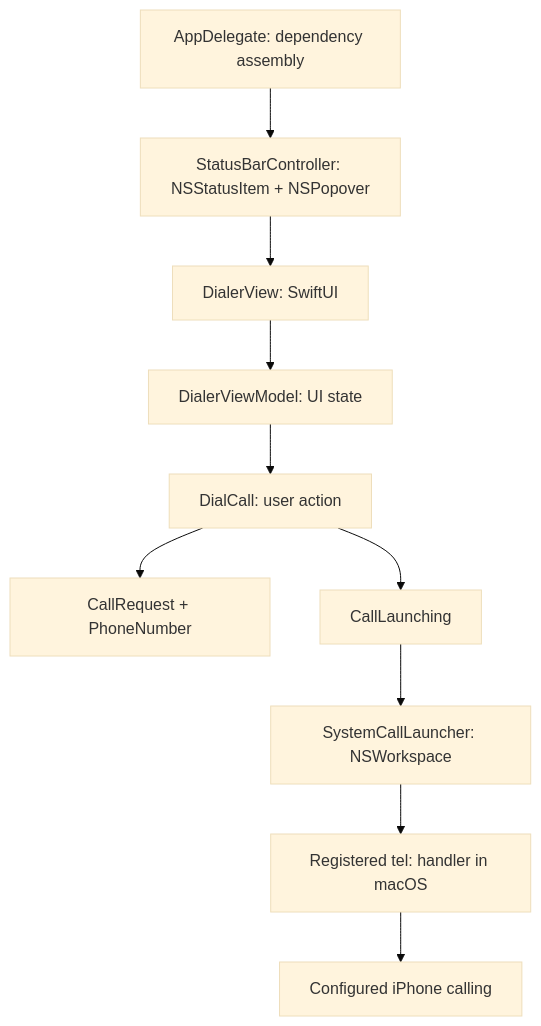
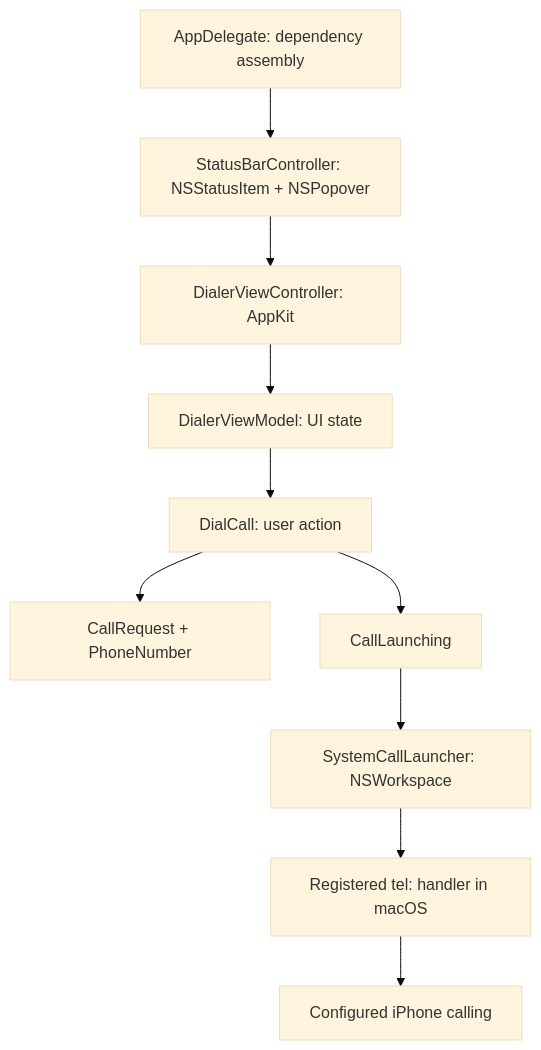
Before and after one commit to Andriikym/callbar: the diagram in docs/architecture.md, drawn with Mermaid (base theme). The commit also changed other lines of this file and 17 other files, not shown here.

```diff
--- a/docs/architecture.md
+++ b/docs/architecture.md
@@ -7,12 +7,12 @@
 ~~~mermaid
 flowchart TD
     Delegate[AppDelegate: dependency assembly] --> Status[StatusBarController: NSStatusItem + NSPopover]
-    Status --> View[DialerView: SwiftUI]
+    Status --> View[DialerViewController: AppKit]
     View --> Model[DialerViewModel: UI state]
     Model --> UseCase[DialCall: user action]
     UseCase --> Request[CallRequest + PhoneNumber]
     UseCase --> Port[CallLaunching]
     Port --> Adapter[SystemCallLauncher: NSWorkspace]
     Adapter --> OS[Registered tel: handler in macOS]
     OS --> Phone[Configured iPhone calling]
 ~~~
```
